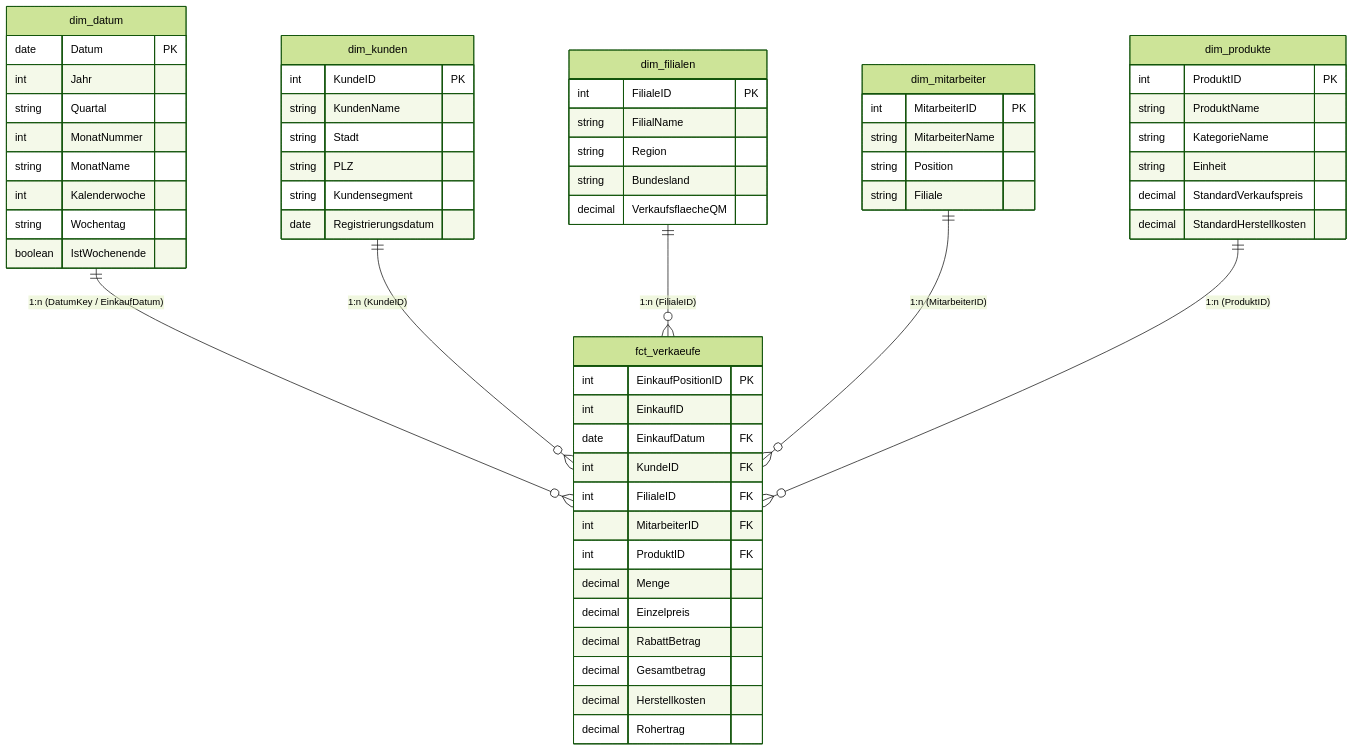
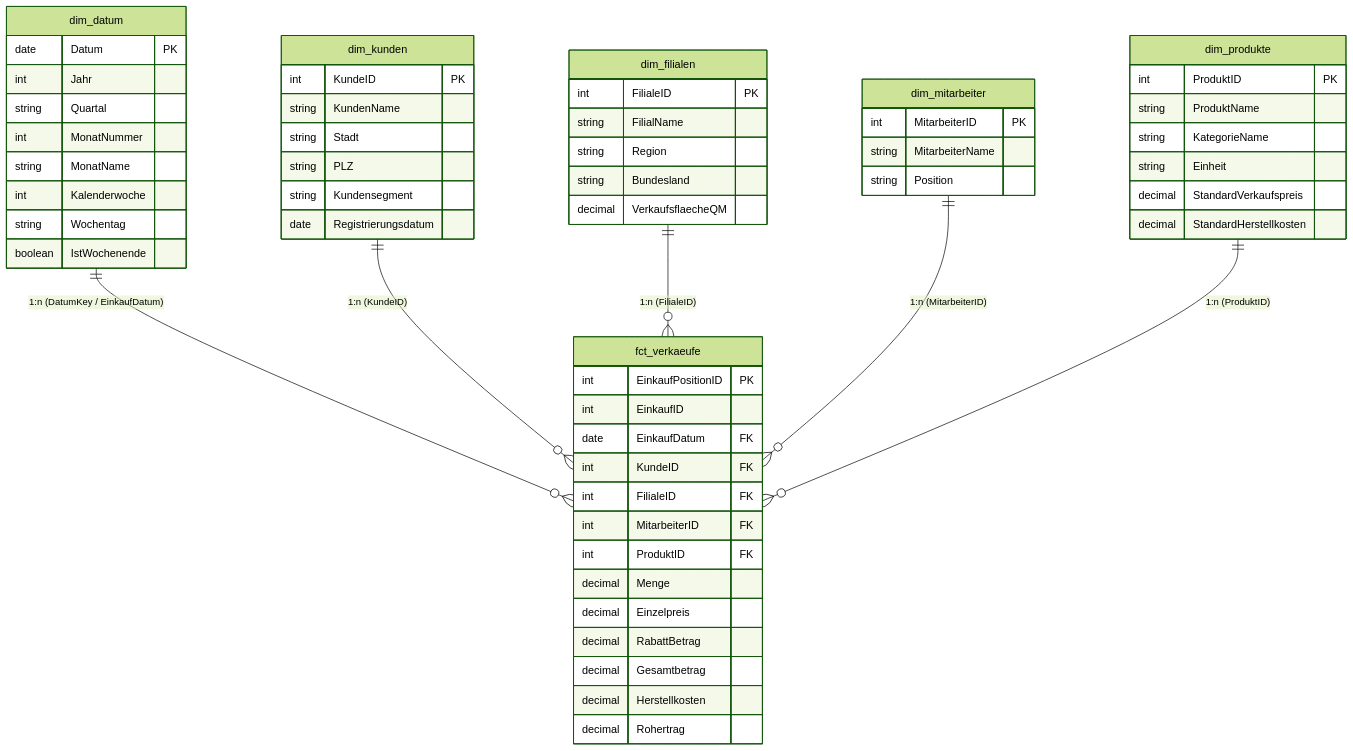
One commit to alefritz19/PowerBI-Supermarkt-Analytics changed the diagram in 01_Data_Model_Architecture/01_star_schema_design.md. Above: the diagram before and after it, drawn with Mermaid (forest theme). The commit also changed 1 other file, not shown here.

Commit message:
fix(docs): add missing dim_mitarbeiter attributes to ER diagram

````diff
--- a/01_Data_Model_Architecture/01_star_schema_design.md
+++ b/01_Data_Model_Architecture/01_star_schema_design.md
@@ -10,68 +10,67 @@
 ```mermaid
 erDiagram
     dim_datum ||--o{ fct_verkaeufe : "1:n (DatumKey / EinkaufDatum)"
     dim_kunden ||--o{ fct_verkaeufe : "1:n (KundeID)"
     dim_filialen ||--o{ fct_verkaeufe : "1:n (FilialeID)"
     dim_mitarbeiter ||--o{ fct_verkaeufe : "1:n (MitarbeiterID)"
     dim_produkte ||--o{ fct_verkaeufe : "1:n (ProduktID)"
 
     fct_verkaeufe {
         int EinkaufPositionID PK
         int EinkaufID
         date EinkaufDatum FK
         int KundeID FK
         int FilialeID FK
         int MitarbeiterID FK
         int ProduktID FK
         decimal Menge
         decimal Einzelpreis
         decimal RabattBetrag
         decimal Gesamtbetrag
         decimal Herstellkosten
         decimal Rohertrag
     }
 
     dim_produkte {
         int ProduktID PK
         string ProduktName
         string KategorieName
         string Einheit
         decimal StandardVerkaufspreis
         decimal StandardHerstellkosten
     }
 
     dim_kunden {
         int KundeID PK
         string KundenName
         string Stadt
         string PLZ
         string Kundensegment
         date Registrierungsdatum
     }
 
     dim_filialen {
         int FilialeID PK
         string FilialName
         string Region
         string Bundesland
         decimal VerkaufsflaecheQM
     }
 
     dim_mitarbeiter {
         int MitarbeiterID PK
         string MitarbeiterName
         string Position
-        string Filiale
     }
 
     dim_datum {
         date Datum PK
         int Jahr
         string Quartal
         int MonatNummer
         string MonatName
         int Kalenderwoche
         string Wochentag
         boolean IstWochenende
     }
 ```
````
